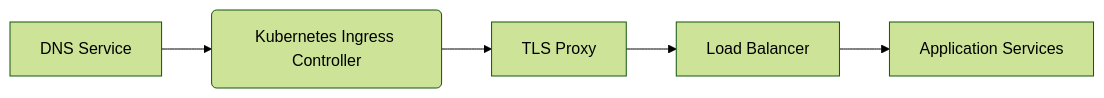
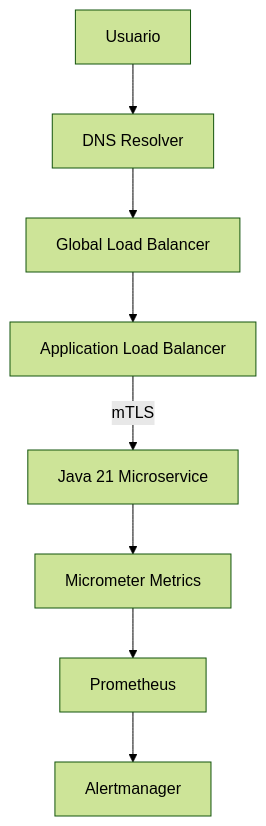
Before and after one commit to Joaquinriosheredia/DAM-Java-Mastery: the eighth of 8 diagrams in _Review/dns_tls_y_load_balancing_en_sistemas_modernos/dns_tls_y_load_balancing_en_sistemas_modernos.md, drawn with Mermaid (forest theme). The commit also changed other lines of this file, not shown here.

Commit message:
DNS, TLS y Load Balancing en Sistemas Modernos con Java 21

````diff
--- a/_Review/dns_tls_y_load_balancing_en_sistemas_modernos/dns_tls_y_load_balancing_en_sistemas_modernos.md
+++ b/_Review/dns_tls_y_load_balancing_en_sistemas_modernos/dns_tls_y_load_balancing_en_sistemas_modernos.md
@@ -603,7 +477,10 @@
 ```mermaid
-graph LR
-    A[DNS Service] --> B(Kubernetes Ingress Controller);
-    B --> C[TLS Proxy];
-    C --> D[Load Balancer];
-    D --> E[Application Services];
+graph TD
+    USER[Usuario] --> DNS[DNS Resolver]
+    DNS --> GLB[Global Load Balancer]
+    GLB --> ALB[Application Load Balancer]
+    ALB -->|mTLS| SVC[Java 21 Microservice]
+    SVC --> MET[Micrometer Metrics]
+    MET --> PROM[Prometheus]
+    PROM --> ALERT[Alertmanager]
 ```
````
